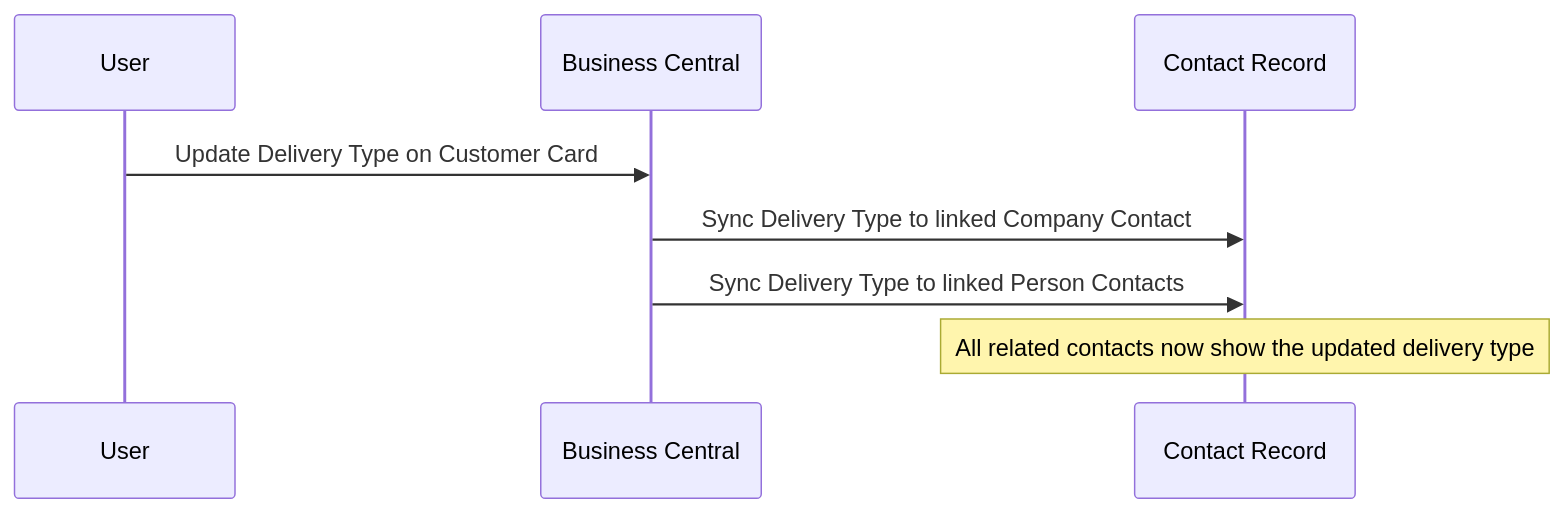
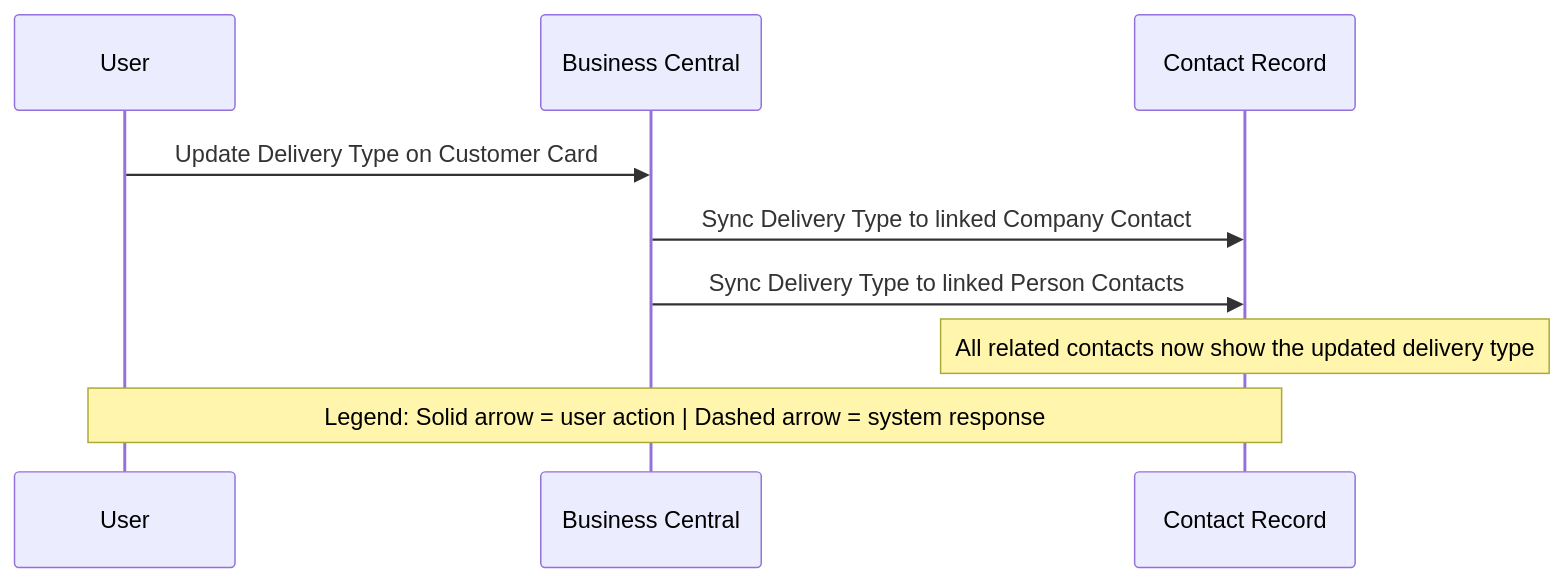
The second of 2 diagrams in docs/walkers/delivery-type-user-guide.md (timeastman/rr_documentation), drawn with Mermaid before and after one commit. The commit also changed other lines of this file, not shown here.

Commit message:
docs: add legends to Delivery Type user guide diagrams

````diff
--- a/docs/walkers/delivery-type-user-guide.md
+++ b/docs/walkers/delivery-type-user-guide.md
@@ -92,10 +97,11 @@
 ```mermaid
 sequenceDiagram
     participant User
     participant BC as Business Central
     participant Contact as Contact Record
     User->>BC: Update Delivery Type on Customer Card
     BC->>Contact: Sync Delivery Type to linked Company Contact
     BC->>Contact: Sync Delivery Type to linked Person Contacts
     Note over Contact: All related contacts now show the updated delivery type
+    Note over User,Contact: Legend: Solid arrow = user action | Dashed arrow = system response
 ```
````
